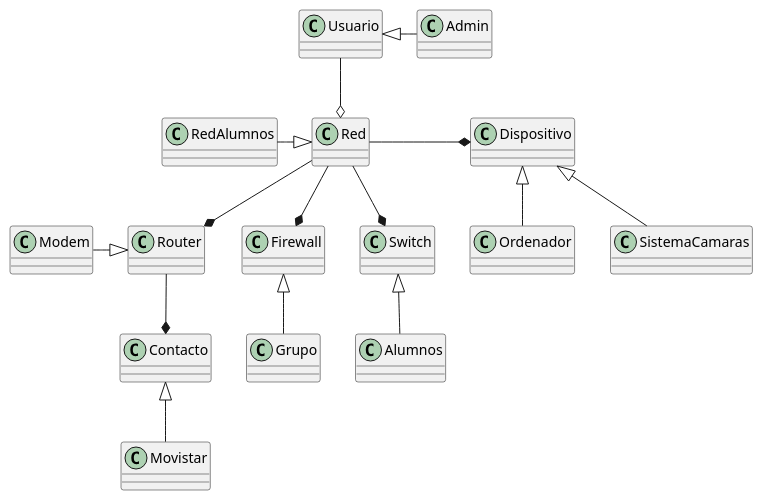
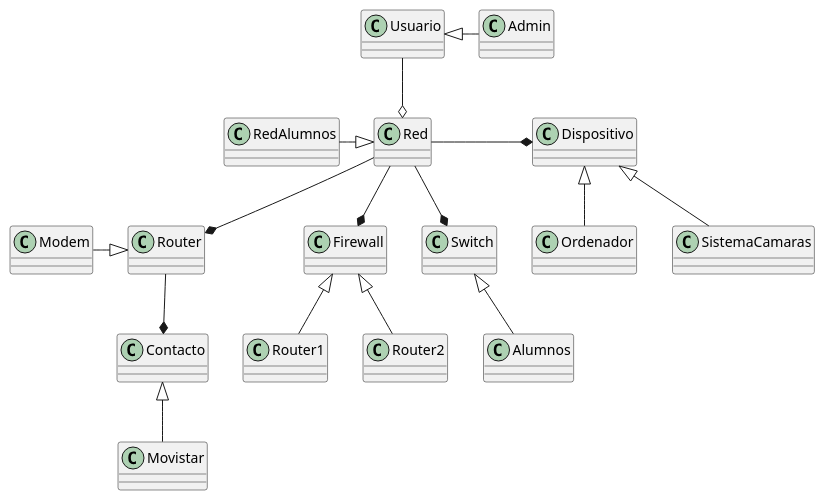
One commit to mmasias/IdSw1-22-23 changed the diagram in 000-entregas/modeloDeDominio/proyectoV1.plantuml. Above: the diagram before and after it, drawn with PlantUML.

Commit message:
[fix] actualizacion modelo de dominio

```diff
--- a/000-entregas/modeloDeDominio/proyectoV1.plantuml
+++ b/000-entregas/modeloDeDominio/proyectoV1.plantuml
@@ -1,38 +1,39 @@
 @startuml proyecto
 /' Diagrama de Clases -> Diagrama de Objetos -> Diagrama de estados '/
 
 class Router 
 class Firewall
 class Switch
 class Dispositivo
 class Contacto
 class Usuario
 class Red
 
 Red --* Router
 Red --* Firewall
 Red --* Switch
 Red -r-* Dispositivo
 Usuario --o Red
 Router --* Contacto
 
 Usuario <|-r- Admin
 Red <|-l- RedAlumnos
 Router <|-l- Modem
 Contacto <|-- Movistar
-Firewall <|-- Grupo
+Firewall <|-- Router1
+Firewall <|-- Router2
 Switch <|-- Alumnos
 Dispositivo <|-- Ordenador
 Dispositivo <|-- SistemaCamaras
 
 /'
 Router -r-> Firewall
 Firewall -r-> Switch
 Switch --> Dispositivo
 Router -l* Contacto
 '/
 
 /' Usuario --o Red '/
 
 
 @enduml
```
